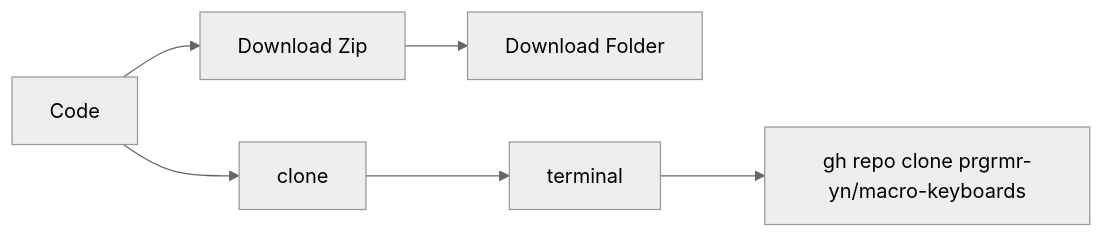
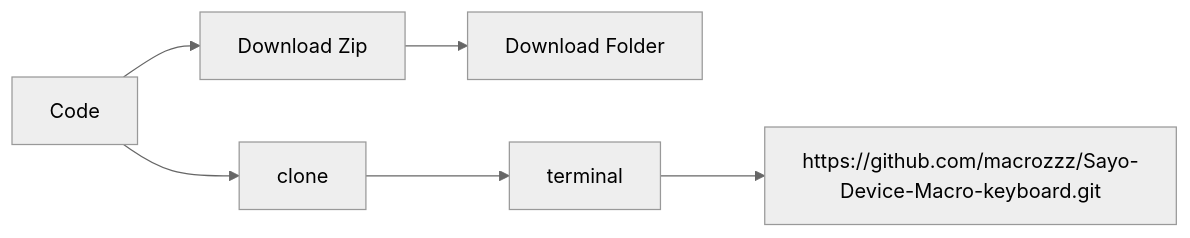
Before and after one commit to macrozzz/Sayo-Device-Macro-keyboard: the diagram in README.md, drawn with Mermaid (neutral theme).

````diff
--- a/README.md
+++ b/README.md
@@ -19,6 +19,6 @@
 ```mermaid
 graph LR
 A[Code] --> B[Download Zip] --> F[Download Folder]
-A --> C[clone] --> terminal --> D[gh repo clone prgrmr-yn/macro-keyboards]
+A --> C[clone] --> terminal --> D[https://github.com/macrozzz/Sayo-Device-Macro-keyboard.git]
 
 ```
````
